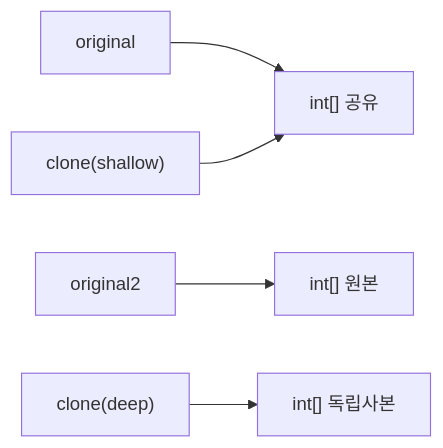
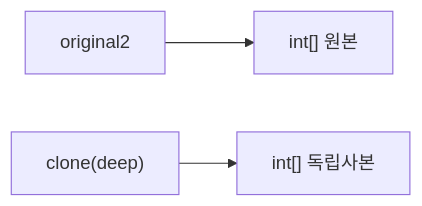
Before and after one commit to yjkim2015/yjkim2015.github.io: the fourth of 6 diagrams in _posts/java/2026-05-01-java-object-class.md, drawn with Mermaid. The commit also changed other lines of this file and 149 other files, not shown here.

First line of the commit message:
Mermaid 가독성 개선: 라벨 축약, 노드 축소, TD→LR 변환

````diff
--- a/_posts/java/2026-05-01-java-object-class.md
+++ b/_posts/java/2026-05-01-java-object-class.md
@@ -387,7 +386,5 @@
 ```mermaid
 graph LR
-    O1["original"] --> ARR["int[] 공유"]
-    C1["clone(shallow)"] --> ARR
     O2["original2"] --> ARR2["int[] 원본"]
     C2["clone(deep)"] --> ARR3["int[] 독립사본"]
 ```
````
